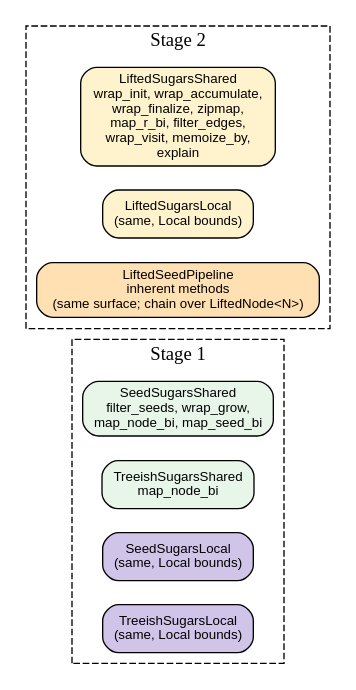
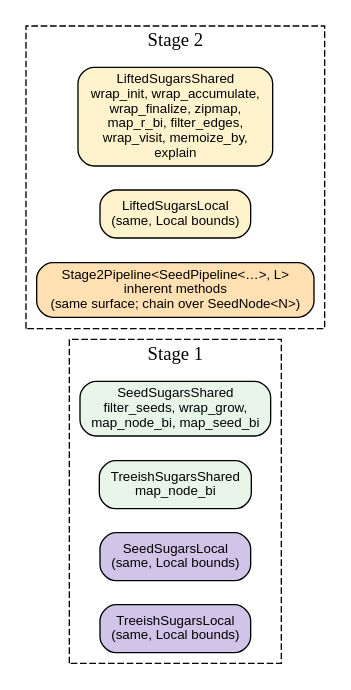
The diagram in book/src/pipeline/sugars.md (hylic-recursion/hylic-docs), drawn with Graphviz before and after one commit. The commit also changed other lines of this file and 12 other files, not shown here.

First line of the commit message:
book: update docs for seed-pipeline-unification

````diff
--- a/book/src/pipeline/sugars.md
+++ b/book/src/pipeline/sugars.md
@@ -91,20 +90,20 @@
 ```dot process
 digraph {
     rankdir=LR;
     node [shape=box, style="rounded,filled", fontname="sans-serif", fontsize=10];
     edge [fontname="sans-serif", fontsize=9];
     subgraph cluster_s1 {
         label="Stage 1"; style=dashed; color="#888";
         sss [label="SeedSugarsShared\nfilter_seeds, wrap_grow,\nmap_node_bi, map_seed_bi", fillcolor="#e8f5e9"];
         tss [label="TreeishSugarsShared\nmap_node_bi", fillcolor="#e8f5e9"];
         ssl [label="SeedSugarsLocal\n(same, Local bounds)",   fillcolor="#d1c4e9"];
         tsl [label="TreeishSugarsLocal\n(same, Local bounds)", fillcolor="#d1c4e9"];
     }
     subgraph cluster_s2 {
         label="Stage 2"; style=dashed; color="#888";
         lss [label="LiftedSugarsShared\nwrap_init, wrap_accumulate,\nwrap_finalize, zipmap,\nmap_r_bi, filter_edges,\nwrap_visit, memoize_by,\nexplain", fillcolor="#fff3cd"];
         lsl [label="LiftedSugarsLocal\n(same, Local bounds)", fillcolor="#fff3cd"];
-        lsp [label="LiftedSeedPipeline\ninherent methods\n(same surface; chain over LiftedNode<N>)", fillcolor="#ffe0b2"];
+        lsp [label="Stage2Pipeline<SeedPipeline<…>, L>\ninherent methods\n(same surface; chain over SeedNode<N>)", fillcolor="#ffe0b2"];
     }
 }
 ```
````
